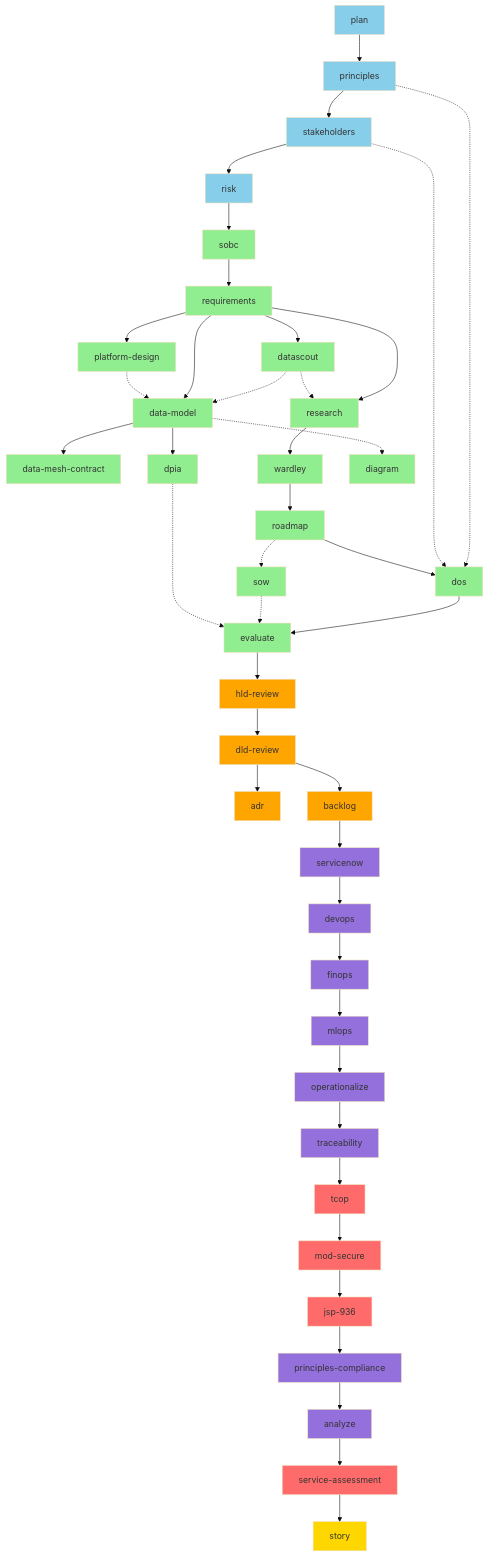
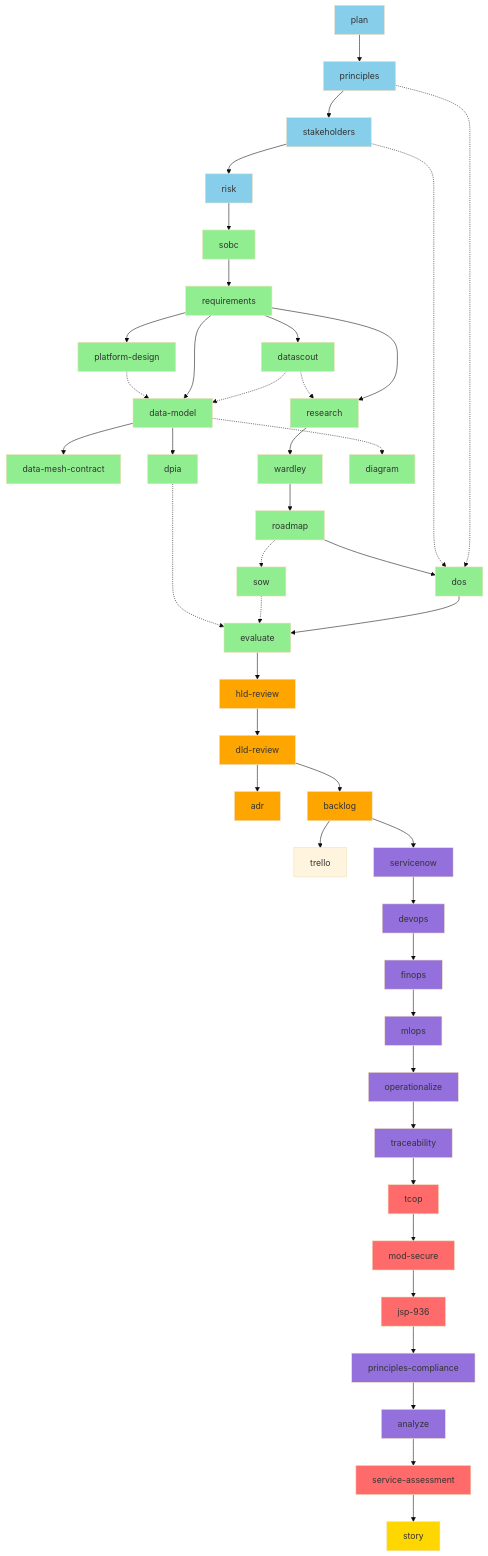
Before and after one commit to tractorjuice/arckit-test-project-v8-ons-data-platform: the fifth of 9 diagrams in WORKFLOW-DIAGRAMS.md, drawn with Mermaid (base theme). The commit also changed other lines of this file, not shown here.

```diff
--- a/WORKFLOW-DIAGRAMS.md
+++ b/WORKFLOW-DIAGRAMS.md
@@ -475,6 +487,9 @@
 
     %% Tier 7: Implementation
     R --> T[backlog]
+
+    %% Tier 7.5: Backlog Export
+    T --> T1t[trello]
 
     %% Tier 8-9: Operations & Quality
     T --> W[servicenow]
```
